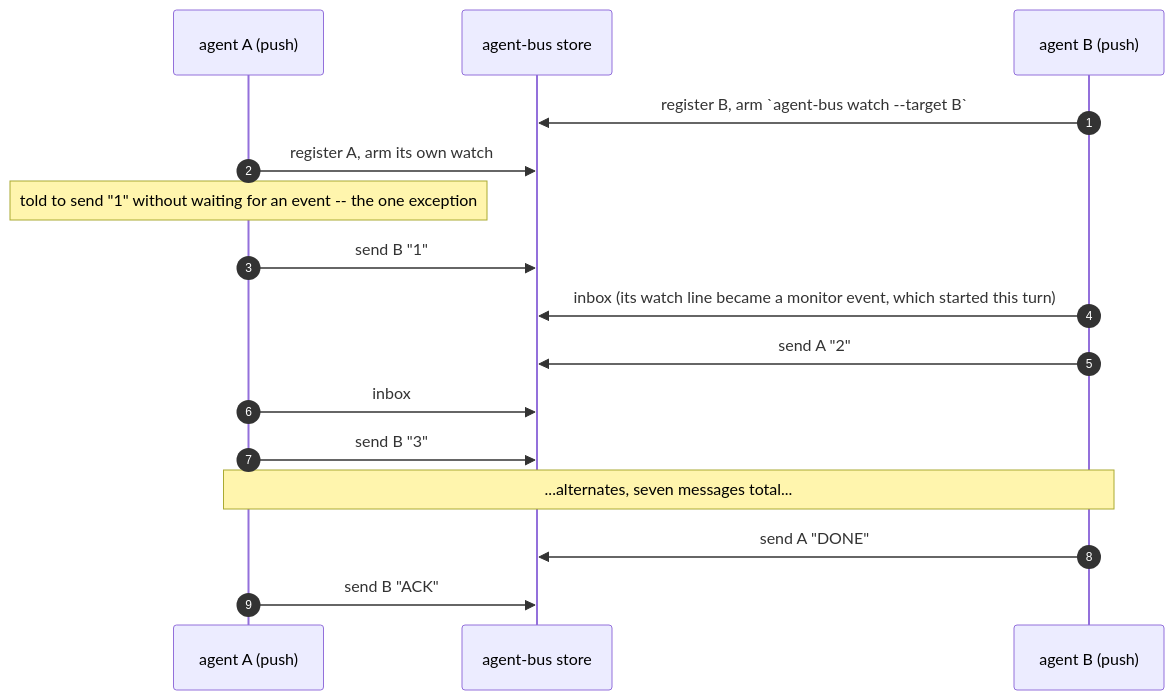
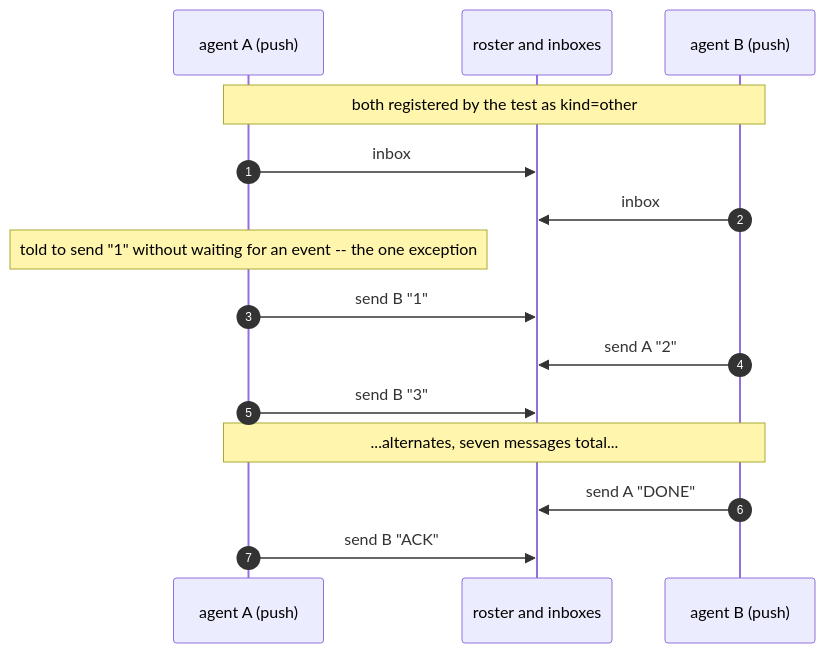
One commit to danbarua/agent-bus changed the diagram in tests/agent_bus/integration/test_two_agents_hold_a_conversation.md. Above: the diagram before and after it, drawn with Mermaid. The commit also changed other lines of this file and 20 other files, not shown here.

````diff
--- a/tests/agent_bus/integration/test_two_agents_hold_a_conversation.md
+++ b/tests/agent_bus/integration/test_two_agents_hold_a_conversation.md
@@ -107,19 +56,18 @@
 ```mermaid
 sequenceDiagram
     autonumber
     participant A as agent A (push)
-    participant bus as agent-bus store
+    participant bus as roster and inboxes
     participant B as agent B (push)
 
-    B->>bus: register B, arm `agent-bus watch --target B`
-    A->>bus: register A, arm its own watch
+    Note over A,B: both registered by the test as kind=other
+    A->>bus: inbox
+    B->>bus: inbox
     Note over A: told to send "1" without waiting for an event -- the one exception
     A->>bus: send B "1"
-    B->>bus: inbox (its watch line became a monitor event, which started this turn)
     B->>bus: send A "2"
-    A->>bus: inbox
     A->>bus: send B "3"
     Note over A,B: ...alternates, seven messages total...
     B->>bus: send A "DONE"
     A->>bus: send B "ACK"
 ```
````
